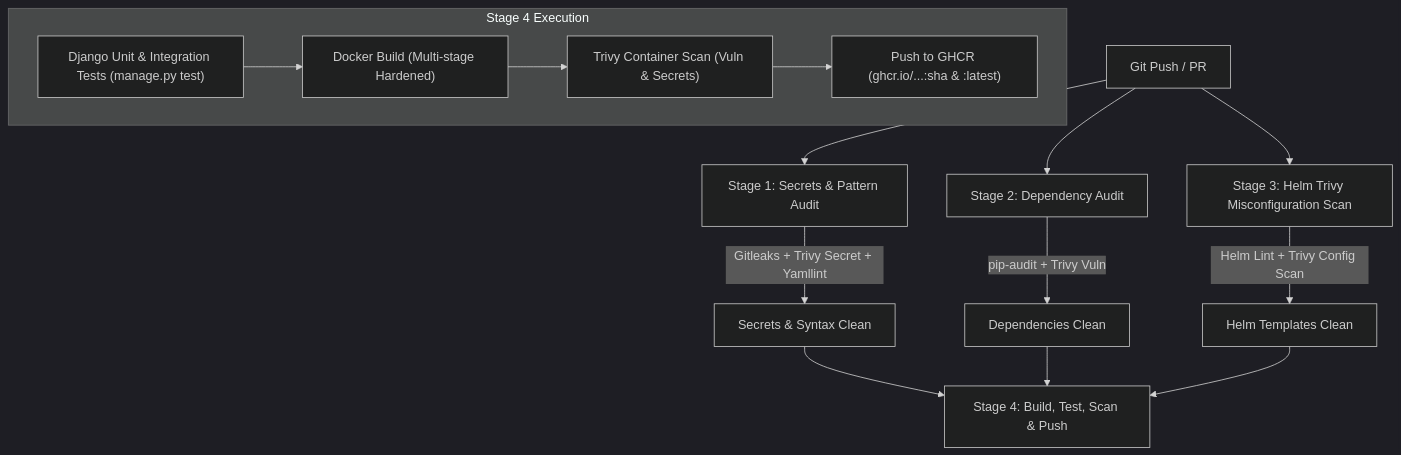
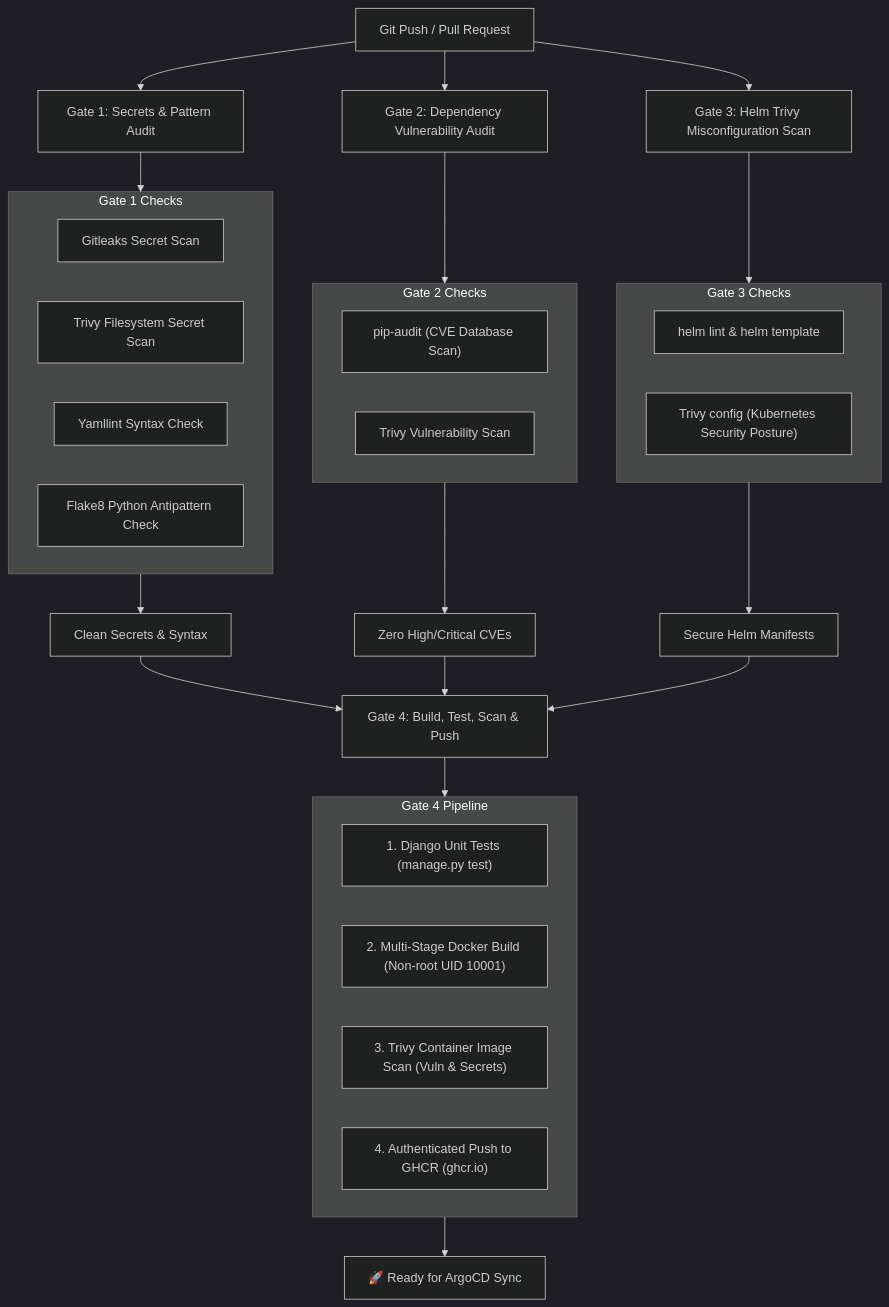
The fifth of 5 diagrams in README.md (abdelkderboukert/cloud-native-resilient-blueprint), drawn with Mermaid (dark theme) before and after one commit. The commit also changed other lines of this file, not shown here.

````diff
--- a/README.md
+++ b/README.md
@@ -65,18 +209,38 @@
 ```mermaid
 flowchart TD
-    Commit["Git Push / PR"] --> Gate1["Stage 1: Secrets & Pattern Audit"]
-    Commit --> Gate2["Stage 2: Dependency Audit"]
-    Commit --> Gate3["Stage 3: Helm Trivy Misconfiguration Scan"]
+    Commit["Git Push / Pull Request"] --> Gate1["Gate 1: Secrets & Pattern Audit"]
+    Commit --> Gate2["Gate 2: Dependency Vulnerability Audit"]
+    Commit --> Gate3["Gate 3: Helm Trivy Misconfiguration Scan"]
 
-    Gate1 -->|"Gitleaks + Trivy Secret + Yamllint"| Pass1["Secrets & Syntax Clean"]
-    Gate2 -->|"pip-audit + Trivy Vuln"| Pass2["Dependencies Clean"]
-    Gate3 -->|"Helm Lint + Trivy Config Scan"| Pass3["Helm Templates Clean"]
+    subgraph Gate1_Details["Gate 1 Checks"]
+        Gitleaks["Gitleaks Secret Scan"]
+        TrivyFS["Trivy Filesystem Secret Scan"]
+        Yamllint["Yamllint Syntax Check"]
+        Flake8["Flake8 Python Antipattern Check"]
+    end
 
-    Pass1 & Pass2 & Pass3 --> Stage4["Stage 4: Build, Test, Scan & Push"]
+    subgraph Gate2_Details["Gate 2 Checks"]
+        PipAudit["pip-audit (CVE Database Scan)"]
+        TrivyVuln["Trivy Vulnerability Scan"]
+    end
 
-    subgraph BuildPipeline["Stage 4 Execution"]
-        UnitTest["Django Unit & Integration Tests (manage.py test)"] --> DockerBuild["Docker Build (Multi-stage Hardened)"]
-        DockerBuild --> TrivyScan["Trivy Container Scan (Vuln & Secrets)"]
-        TrivyScan --> RegistryPush["Push to GHCR (ghcr.io/...:sha & :latest)"]
+    subgraph Gate3_Details["Gate 3 Checks"]
+        HelmLint["helm lint & helm template"]
+        TrivyConfig["Trivy config (Kubernetes Security Posture)"]
     end
+
+    Gate1 --> Gate1_Details --> Pass1["Clean Secrets & Syntax"]
+    Gate2 --> Gate2_Details --> Pass2["Zero High/Critical CVEs"]
+    Gate3 --> Gate3_Details --> Pass3["Secure Helm Manifests"]
+
+    Pass1 & Pass2 & Pass3 --> Gate4["Gate 4: Build, Test, Scan & Push"]
+
+    subgraph Gate4_Details["Gate 4 Pipeline"]
+        DjangoTest["1. Django Unit Tests (manage.py test)"]
+        DockerBuild["2. Multi-Stage Docker Build (Non-root UID 10001)"]
+        TrivyImage["3. Trivy Container Image Scan (Vuln & Secrets)"]
+        PushGHCR["4. Authenticated Push to GHCR (ghcr.io)"]
+    end
+
+    Gate4 --> Gate4_Details --> Release["🚀 Ready for ArgoCD Sync"]
 ```
````
